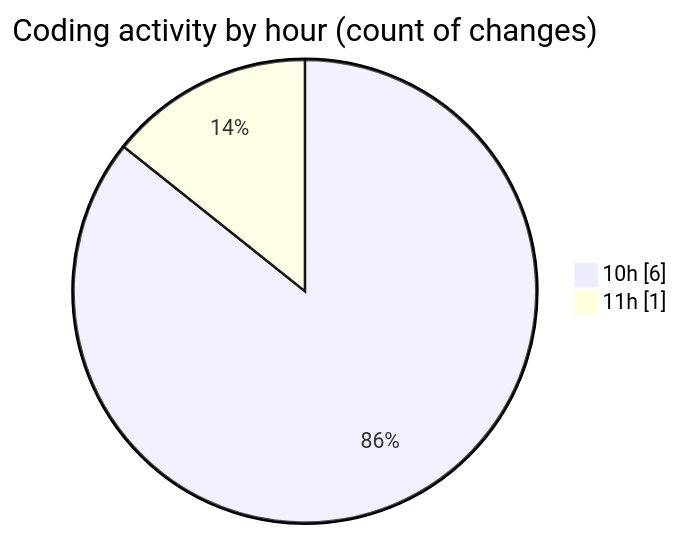
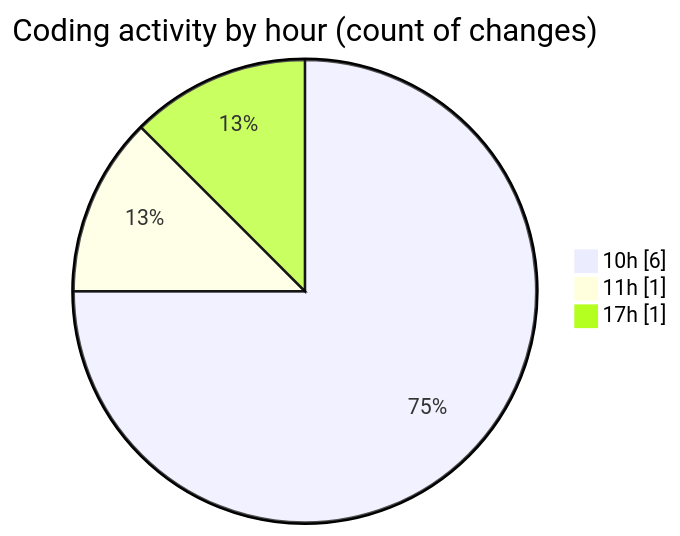
Before and after one commit to yexinjia/code-tracking: the second of 2 diagrams in 2026-09-05/mono-test/README.md, drawn with Mermaid. The commit also changed other lines of this file and 1 other file, not shown here.

````diff
--- a/2026-09-05/mono-test/README.md
+++ b/2026-09-05/mono-test/README.md
@@ -28,6 +28,7 @@
 ```mermaid
 pie showData
 title Coding activity by hour (count of changes)
 "10h" : 6
 "11h" : 1
+"17h" : 1
 ```
````
